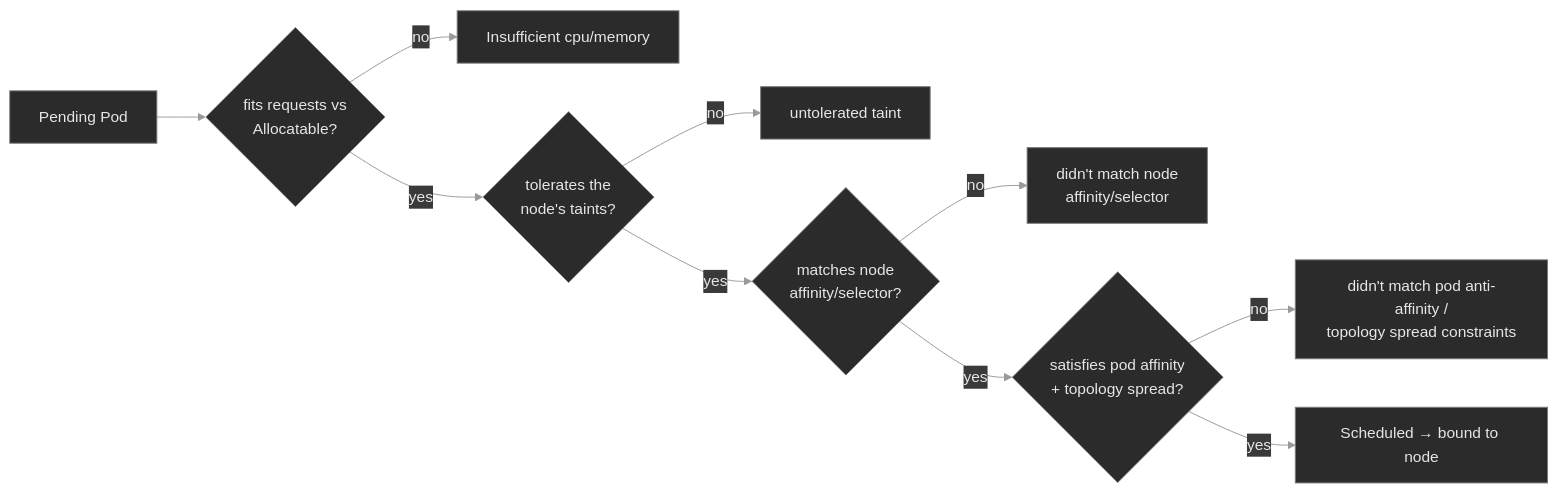
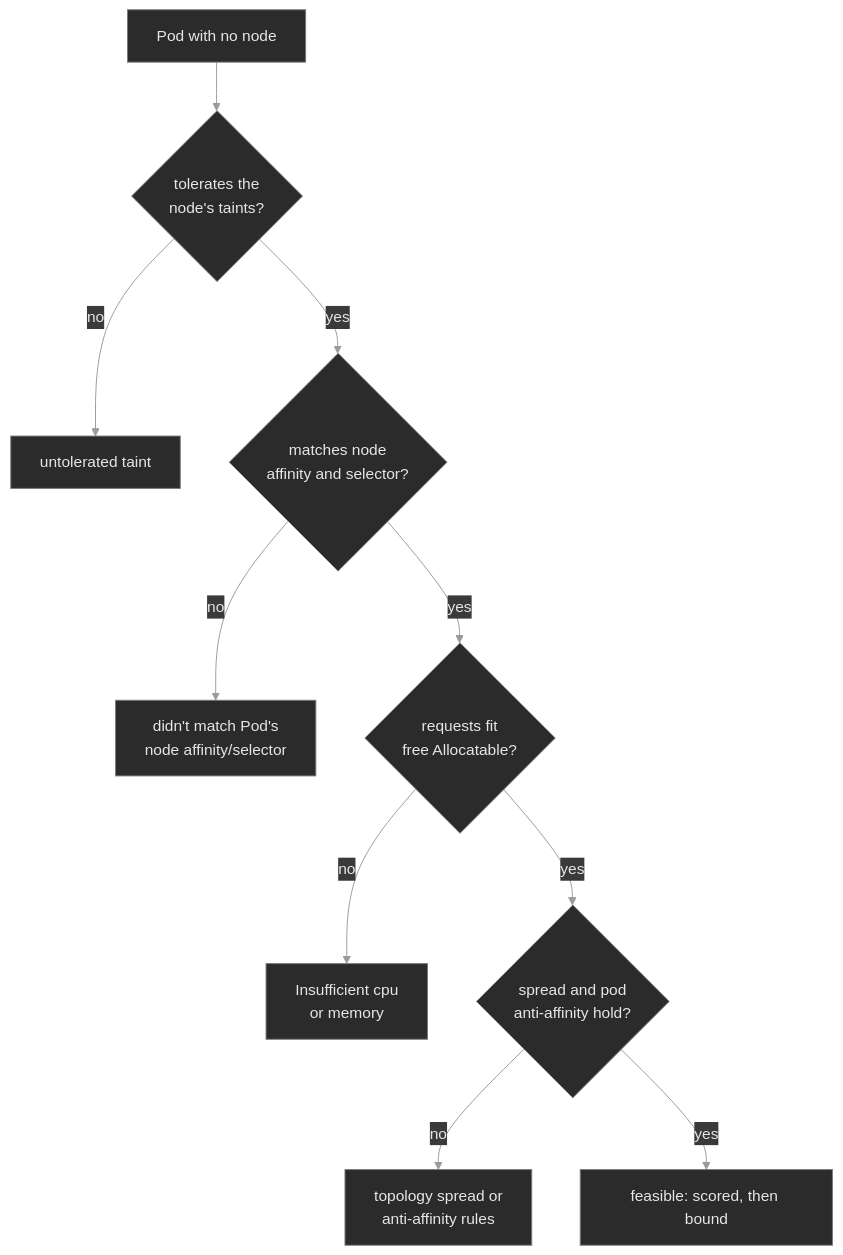
One commit to debozkurt/killercoda-k8s changed the diagram in m06-scheduling/LESSON.md. Above: the diagram before and after it, drawn with Mermaid. The commit also changed other lines of this file and 51 other files, not shown here.

````diff
--- a/m06-scheduling/LESSON.md
+++ b/m06-scheduling/LESSON.md
@@ -57,18 +55,18 @@
 ```mermaid
 %%{init: {'theme':'base', 'themeVariables': {
   'primaryColor':'#2b2b2b', 'primaryTextColor':'#e6e6e6',
   'primaryBorderColor':'#7a7a7a', 'lineColor':'#9a9a9a',
   'secondaryColor':'#3a3a3a', 'tertiaryColor':'#1f1f1f',
   'background':'#0f0f0f'
 }}}%%
-flowchart LR
-    P[Pending Pod] --> F1{fits requests vs<br/>Allocatable?}
-    F1 -->|no| R1[Insufficient cpu/memory]
-    F1 -->|yes| F2{tolerates the<br/>node's taints?}
-    F2 -->|no| R2[untolerated taint]
-    F2 -->|yes| F3{matches node<br/>affinity/selector?}
-    F3 -->|no| R3[didn't match node<br/>affinity/selector]
-    F3 -->|yes| F4{satisfies pod affinity<br/>+ topology spread?}
-    F4 -->|no| R4[didn't match pod anti-affinity /<br/>topology spread constraints]
-    F4 -->|yes| S[Scheduled → bound to node]
+flowchart TD
+    P[Pod with no node] --> F1{tolerates the<br/>node's taints?}
+    F1 -->|no| R1[untolerated taint]
+    F1 -->|yes| F2{matches node<br/>affinity and selector?}
+    F2 -->|no| R2[didn't match Pod's<br/>node affinity/selector]
+    F2 -->|yes| F3{requests fit<br/>free Allocatable?}
+    F3 -->|no| R3[Insufficient cpu<br/>or memory]
+    F3 -->|yes| F4{spread and pod<br/>anti-affinity hold?}
+    F4 -->|no| R4[topology spread or<br/>anti-affinity rules]
+    F4 -->|yes| S[feasible: scored, then bound]
 ```
````
